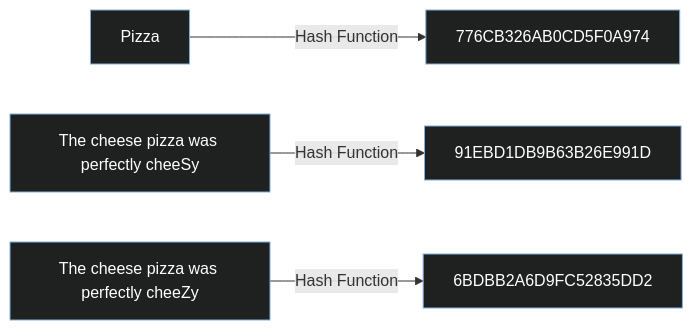
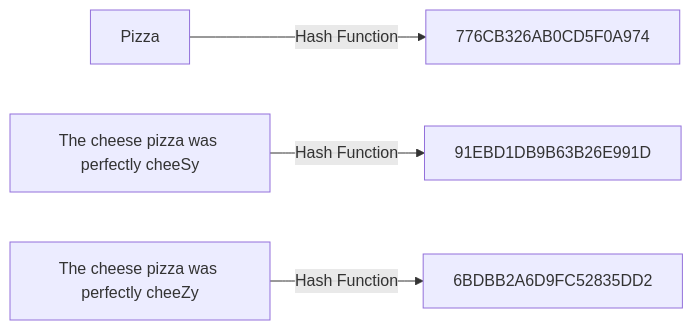
Before and after one commit to anieldev/demonet: the diagram in README.md, drawn with Mermaid.

````diff
--- a/README.md
+++ b/README.md
@@ -7,15 +7,8 @@
 ```mermaid
 graph LR
 A[Pizza] -- Hash Function --> B[776CB326AB0CD5F0A974]
 E[The cheese pizza was perfectly cheeSy ] -- Hash Function --> F[91EBD1DB9B63B26E991D]
 C[The cheese pizza was perfectly cheeZy ] -- Hash Function --> D[6BDBB2A6D9FC52835DD2]
 
 
-style A fill:#1f2020,stroke:#81B1DB,stroke-width:1px,color:#FFFFFF
-style B fill:#1f2020,stroke:#81B1DB,stroke-width:1px,color:#FFFFFF
-style C fill:#1f2020,stroke:#81B1DB,stroke-width:1px,color:#FFFFFF
-style D fill:#1f2020,stroke:#81B1DB,stroke-width:1px,color:#FFFFFF
-style E fill:#1f2020,stroke:#81B1DB,stroke-width:1px,color:#FFFFFF
-style F fill:#1f2020,stroke:#81B1DB,stroke-width:1px,color:#FFFFFF
-
 ```
````
